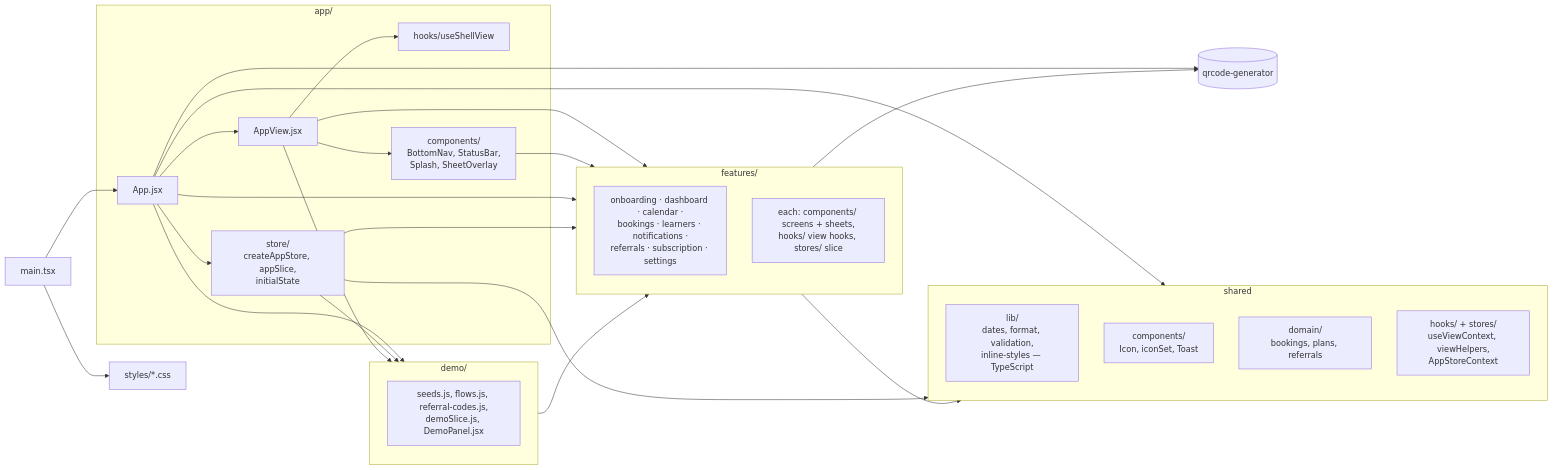
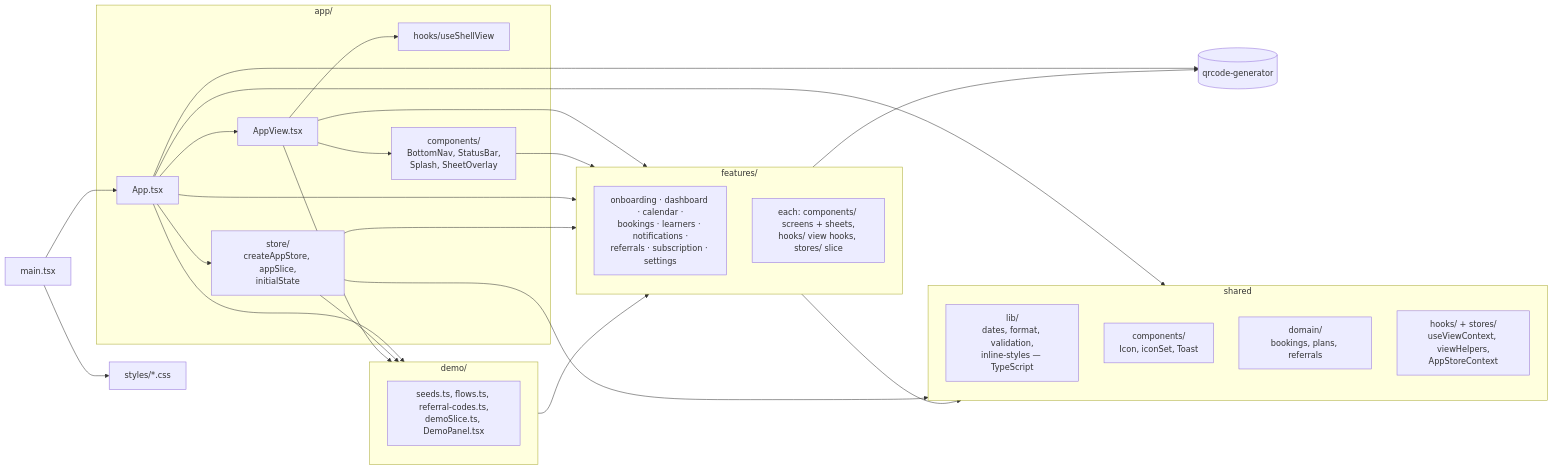
The fifth of 5 diagrams in docs/internal/component-diagram.md (snehashisp/nexdrive), drawn with Mermaid before and after one commit. The commit also changed other lines of this file and 178 other files, not shown here.

````diff
--- a/docs/internal/component-diagram.md
+++ b/docs/internal/component-diagram.md
@@ -145,42 +145,42 @@
 ```mermaid
 flowchart LR
   MAIN[main.tsx] --> APP
   MAIN --> CSS[styles/*.css]
 
   subgraph APPL[app/]
-    APP[App.jsx] --> VIEW[AppView.jsx]
+    APP[App.tsx] --> VIEW[AppView.tsx]
     APP --> STOREM[store/<br/>createAppStore, appSlice,<br/>initialState]
     VIEW --> SHV[hooks/useShellView]
     VIEW --> SHELL[components/<br/>BottomNav, StatusBar,<br/>Splash, SheetOverlay]
   end
 
   subgraph FEAT[features/]
     F1[onboarding · dashboard · calendar ·<br/>bookings · learners · notifications ·<br/>referrals · subscription · settings]
     FC[each: components/ screens + sheets,<br/>hooks/ view hooks, stores/ slice]
   end
 
   subgraph DEMO[demo/]
-    SEEDS[seeds.js, flows.js, referral-codes.js,<br/>demoSlice.js, DemoPanel.jsx]
+    SEEDS[seeds.ts, flows.ts, referral-codes.ts,<br/>demoSlice.ts, DemoPanel.tsx]
   end
 
   subgraph SHARED[shared]
     LIB[lib/<br/>dates, format, validation,<br/>inline-styles — TypeScript]
     COMP[components/<br/>Icon, iconSet, Toast]
     DOM[domain/<br/>bookings, plans, referrals]
     HK[hooks/ + stores/<br/>useViewContext, viewHelpers,<br/>AppStoreContext]
   end
 
   VIEW --> FEAT
   SHELL --> FEAT
   APP --> FEAT
   STOREM --> FEAT
   APP --> DEMO
   STOREM --> DEMO
   VIEW --> DEMO
   APP --> SHARED
   STOREM --> SHARED
   FEAT --> SHARED
   DEMO --> FEAT
   APP --> QRLIB[(qrcode-generator)]
   FEAT --> QRLIB
 ```
````
